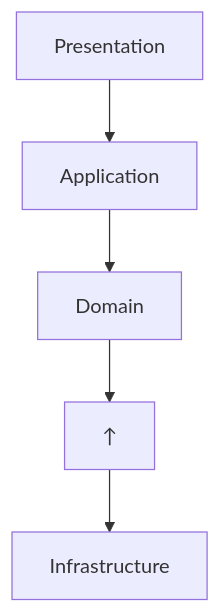
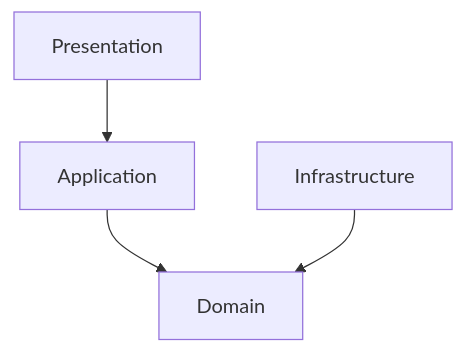
Before and after one commit to frag2win/TelemetryHealth: the first of 3 diagrams in docs/architecture/001_ARCHITECTURE_PRINCIPLES.md, drawn with Mermaid.

Commit message:
docs: fix logical flowchart error in Clean Architecture diagram

````diff
--- a/docs/architecture/001_ARCHITECTURE_PRINCIPLES.md
+++ b/docs/architecture/001_ARCHITECTURE_PRINCIPLES.md
@@ -98,7 +98,6 @@
 ```mermaid
-graph TD;
+graph TD
     Presentation --> Application
     Application --> Domain
-    Domain --> N1["↑"]
-    N1["↑"] --> Infrastructure
+    Infrastructure --> Domain
 ```
````
